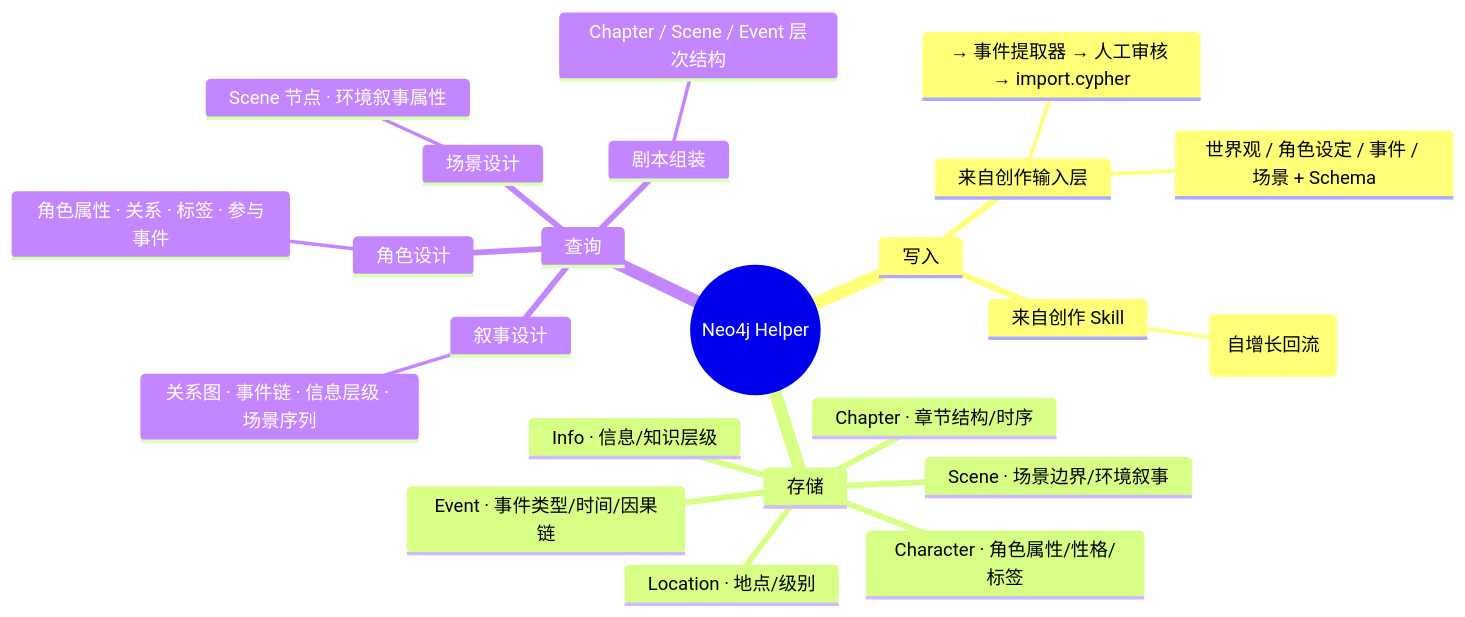
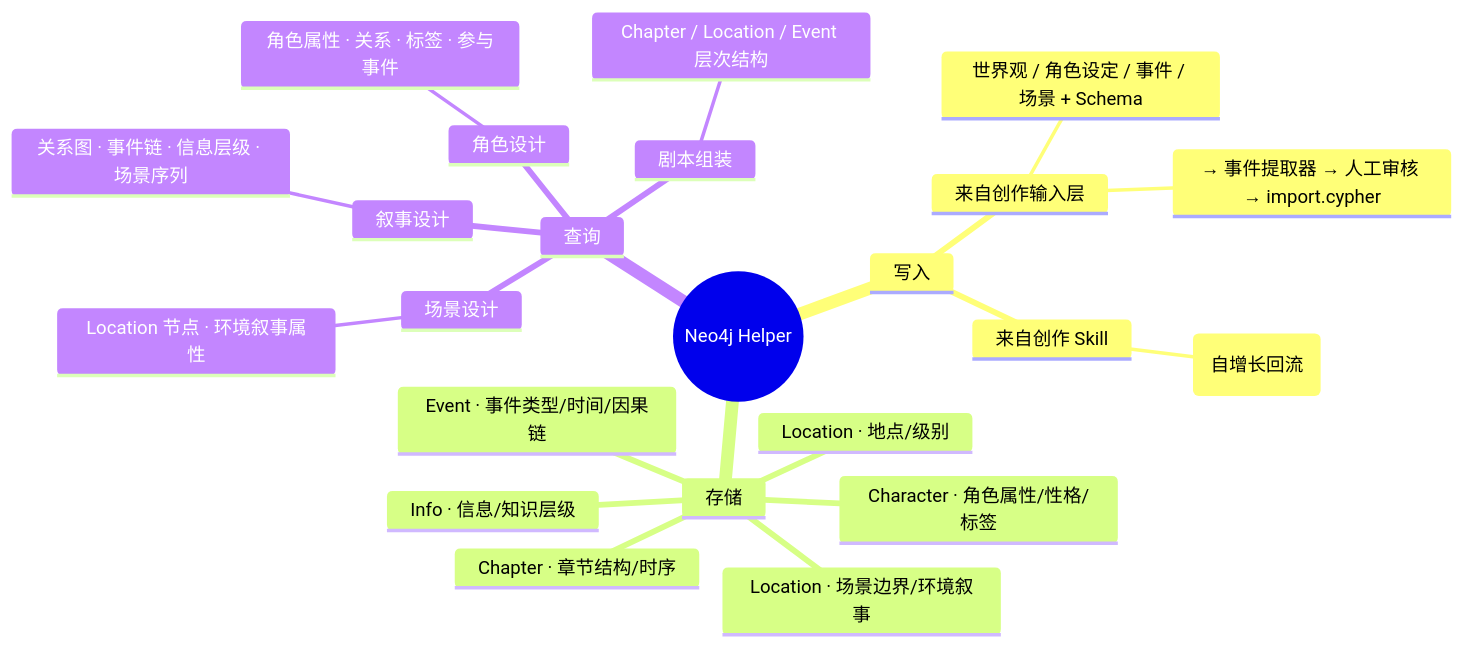
One commit to CrazyJinn/OtheredGlass changed the third of 3 diagrams in README.md. Above: the diagram before and after it, drawn with Mermaid. The commit also changed other lines of this file and 29 other files, not shown here.

````diff
--- a/README.md
+++ b/README.md
@@ -151,26 +151,26 @@
 ```mermaid
 mindmap
   root((Neo4j Helper))
     写入
       来自创作输入层
         世界观 / 角色设定 / 事件 / 场景 + Schema
         → 事件提取器 → 人工审核 → import.cypher
       来自创作 Skill
         新发现实体 / 关系 (自增长回流)
     存储
       Character · 角色属性/性格/标签
       Location · 地点/级别
       Event · 事件类型/时间/因果链
       Info · 信息/知识层级
-      Scene · 场景边界/环境叙事
+      Location · 场景边界/环境叙事
       Chapter · 章节结构/时序
     查询
       叙事设计
         关系图 · 事件链 · 信息层级 · 场景序列
       角色设计
         角色属性 · 关系 · 标签 · 参与事件
       场景设计
-        Scene 节点 · 环境叙事属性
+        Location 节点 · 环境叙事属性
       剧本组装
-        Chapter / Scene / Event 层次结构
+        Chapter / Location / Event 层次结构
 ```
````
